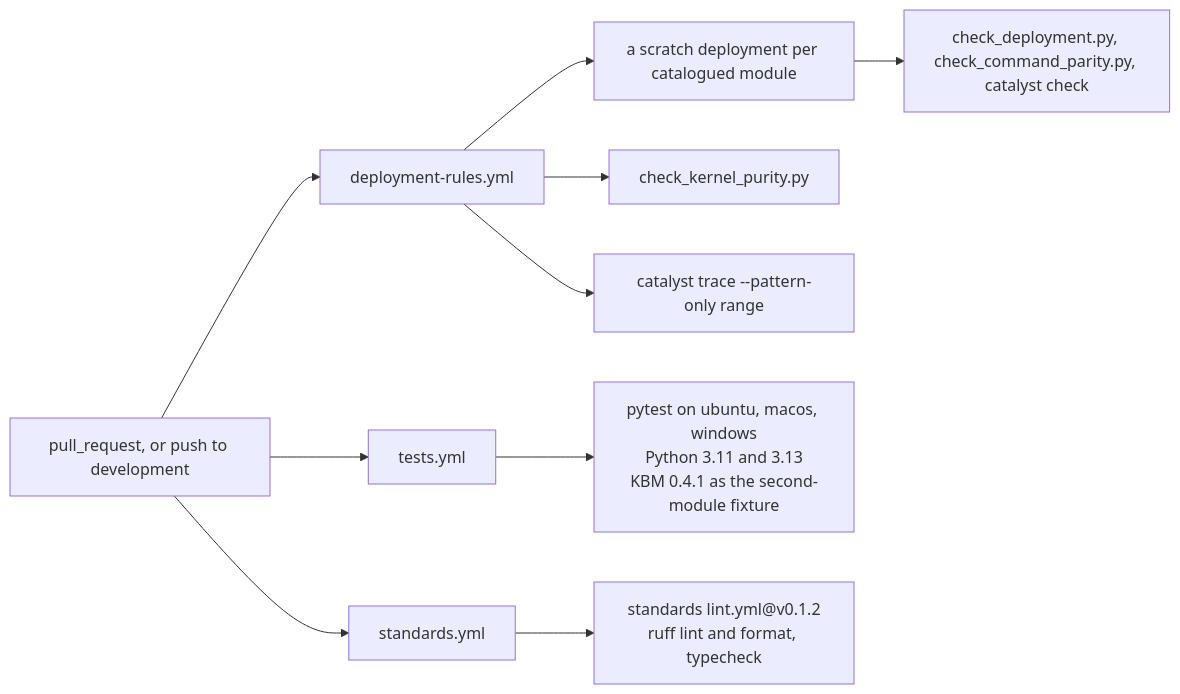
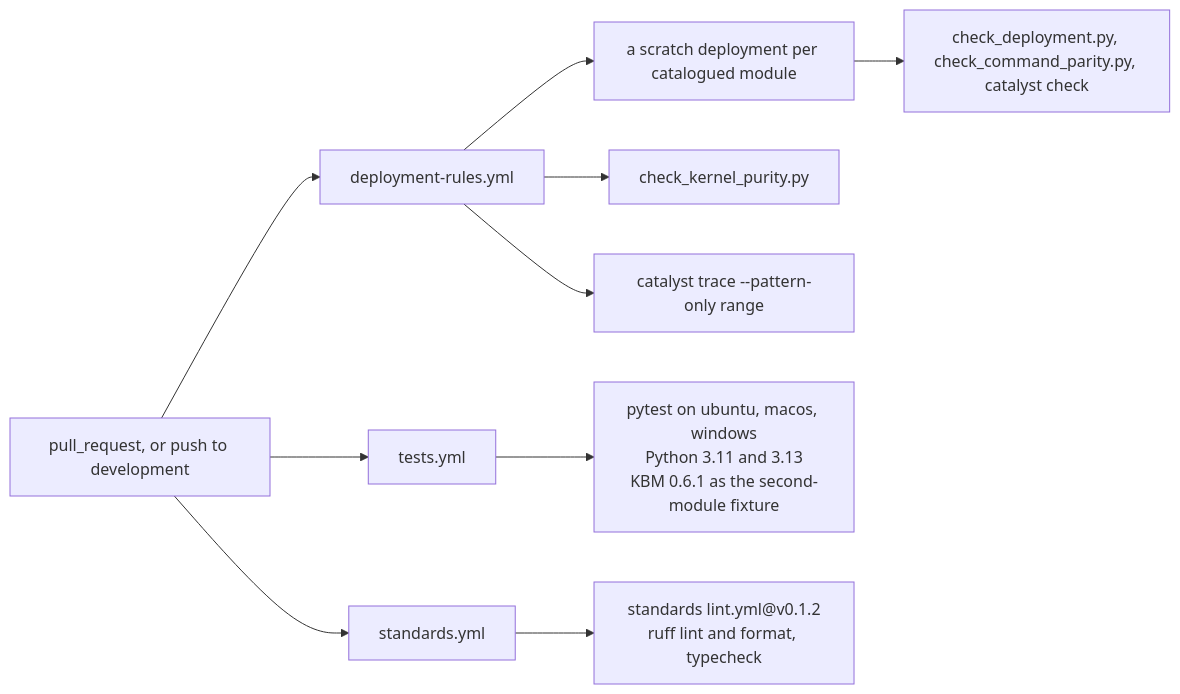
One commit to cantica-tech/catalyst-docs changed diagram 32 of 32 in docs/guide/manual/10-architecture-kernel.md. Above: the diagram before and after it, drawn with Mermaid. The commit also changed other lines of this file and 9 other files, not shown here.

````diff
--- a/docs/guide/manual/10-architecture-kernel.md
+++ b/docs/guide/manual/10-architecture-kernel.md
@@ -1334,12 +1336,12 @@
 ```mermaid
 flowchart LR
   Ev["pull_request, or push to development"] --> DR["deployment-rules.yml"]
   Ev --> T["tests.yml"]
   Ev --> St["standards.yml"]
   DR --> DR1["a scratch deployment per catalogued module"]
   DR1 --> DR2["check_deployment.py, check_command_parity.py, catalyst check"]
   DR --> DR3["check_kernel_purity.py"]
   DR --> DR4["catalyst trace --pattern-only range"]
-  T --> T1["pytest on ubuntu, macos, windows<br/>Python 3.11 and 3.13<br/>KBM 0.4.1 as the second-module fixture"]
+  T --> T1["pytest on ubuntu, macos, windows<br/>Python 3.11 and 3.13<br/>KBM 0.6.1 as the second-module fixture"]
   St --> S1["standards lint.yml@v0.1.2<br/>ruff lint and format, typecheck"]
 ```
````
